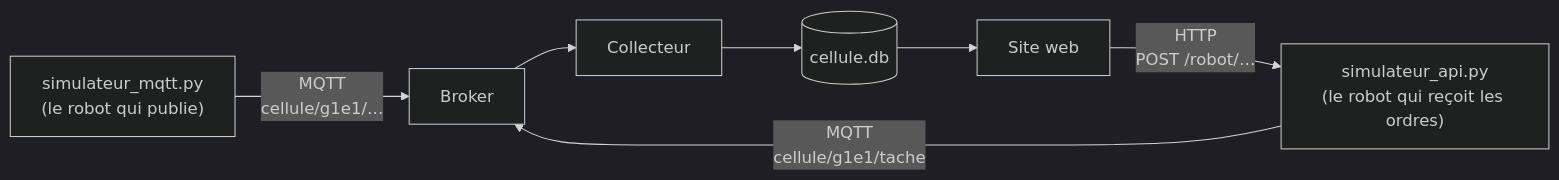
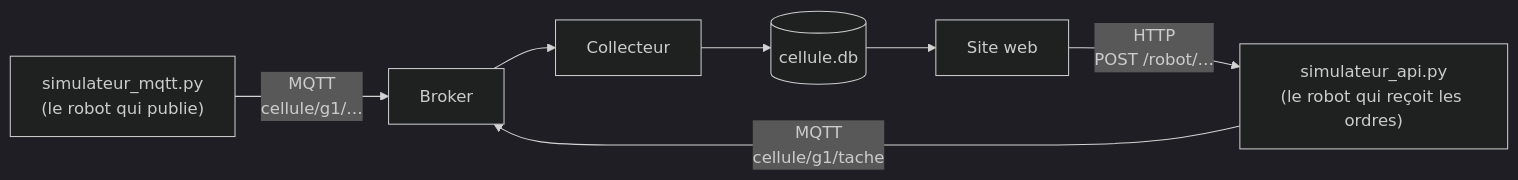
The diagram in simulateurs/README.md (fabrice1618/niryo2), drawn with Mermaid (dark theme) before and after one commit. The commit also changed other lines of this file and 37 other files, not shown here.

````diff
--- a/simulateurs/README.md
+++ b/simulateurs/README.md
@@ -7,6 +7,6 @@
 ```mermaid
 flowchart LR
-    SM["simulateur_mqtt.py<br/>(le robot qui publie)"] -- "MQTT<br/>cellule/g1e1/…" --> B["Broker"] --> C["Collecteur"] --> DB[("cellule.db")] --> W["Site web"]
+    SM["simulateur_mqtt.py<br/>(le robot qui publie)"] -- "MQTT<br/>cellule/g1/…" --> B["Broker"] --> C["Collecteur"] --> DB[("cellule.db")] --> W["Site web"]
     W -- "HTTP<br/>POST /robot/…" --> SA["simulateur_api.py<br/>(le robot qui reçoit les ordres)"]
-    SA -- "MQTT<br/>cellule/g1e1/tache" --> B
+    SA -- "MQTT<br/>cellule/g1/tache" --> B
 ```
````
